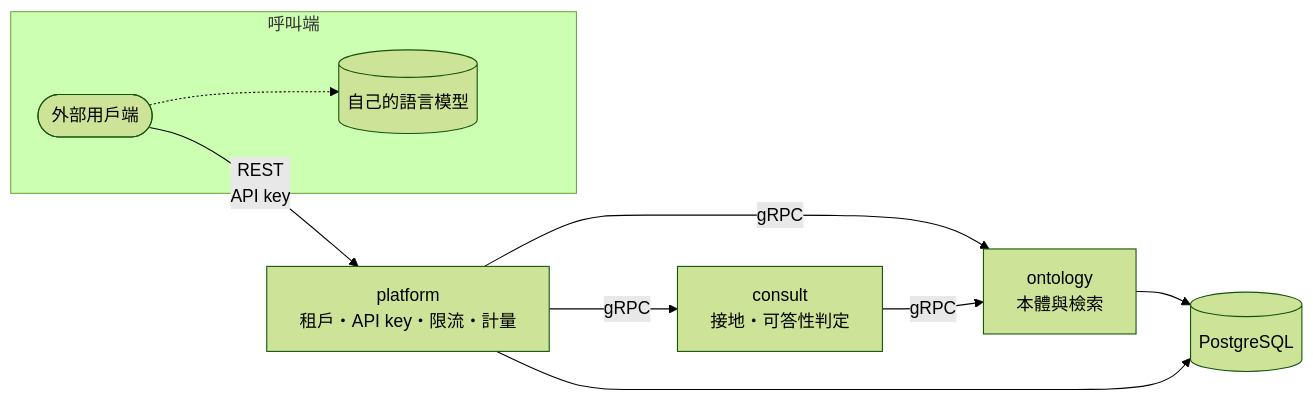
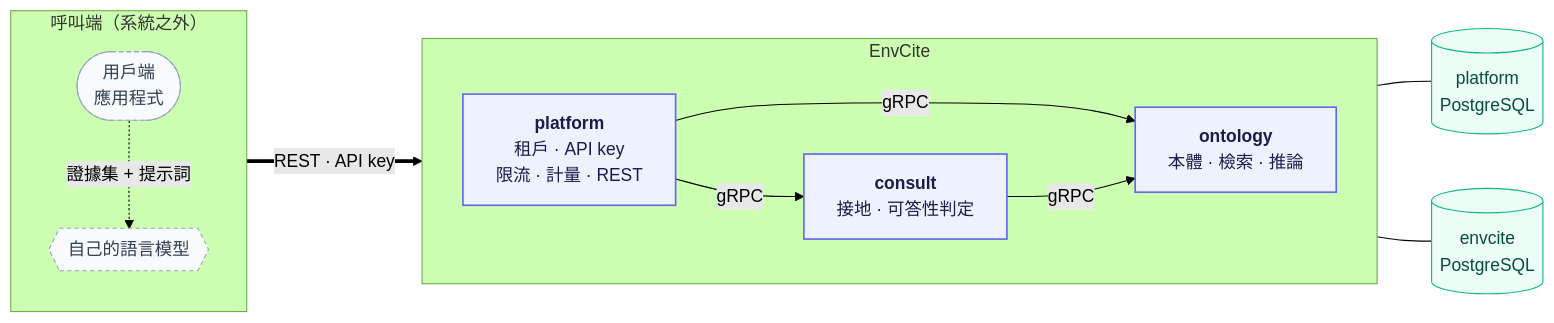
The first of 2 diagrams in README.md (elihu0211/envcite), drawn with Mermaid (forest theme) before and after one commit. The commit also changed other lines of this file and 7 other files, not shown here.

Commit message:
chore(deps): .NET SDK 升至 10.0.402，並以 Mermaid 重繪各文件流程圖

````diff
--- a/README.md
+++ b/README.md
@@ -30,21 +30,34 @@
 ```mermaid
+%%{init: {"flowchart": {"curve": "basis", "htmlLabels": true}}}%%
 flowchart LR
-    client([外部用戶端])
-    platform["platform<br/>租戶・API key・限流・計量"]
-    ontology["ontology<br/>本體與檢索"]
-    consult["consult<br/>接地・可答性判定"]
-    pg[(PostgreSQL)]
-
-    subgraph caller [呼叫端]
-        client
-        llm[(自己的語言模型)]
+    subgraph caller["呼叫端（系統之外）"]
+        direction TB
+        client(["用戶端<br/>應用程式"])
+        llm{{"自己的語言模型"}}
     end
 
-    client -- "REST<br/>API key" --> platform
-    platform -- "gRPC" --> ontology
-    platform -- "gRPC" --> consult
-    consult -- "gRPC" --> ontology
-    client -.-> llm
-    ontology --> pg
-    platform --> pg
+    subgraph envcite["EnvCite"]
+        direction LR
+        platform["<b>platform</b><br/>租戶 · API key<br/>限流 · 計量 · REST"]
+        consult["<b>consult</b><br/>接地 · 可答性判定"]
+        ontology["<b>ontology</b><br/>本體 · 檢索 · 推論"]
+    end
+
+    pg1[("platform<br/>PostgreSQL")]
+    pg2[("envcite<br/>PostgreSQL")]
+
+    client ==>|"REST · API key"| platform
+    platform -->|gRPC| consult
+    platform -->|gRPC| ontology
+    consult -->|gRPC| ontology
+    platform --- pg1
+    ontology --- pg2
+    client -.->|"證據集 + 提示詞"| llm
+
+    classDef svc fill:#eef2ff,stroke:#6366f1,stroke-width:1.5px,color:#1e1b4b
+    classDef store fill:#ecfdf5,stroke:#10b981,color:#064e3b
+    classDef ext fill:#f8fafc,stroke:#94a3b8,stroke-dasharray:4 3,color:#334155
+    class platform,consult,ontology svc
+    class pg1,pg2 store
+    class client,llm ext
 ```
````
